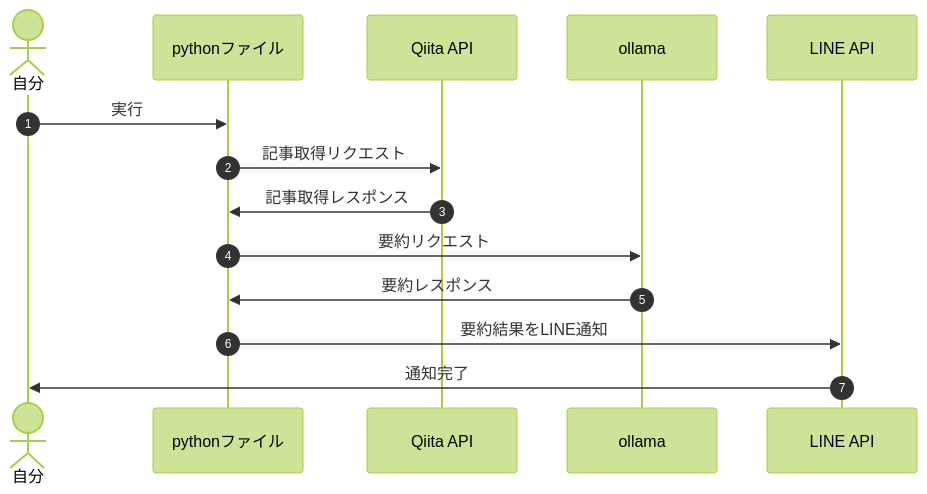
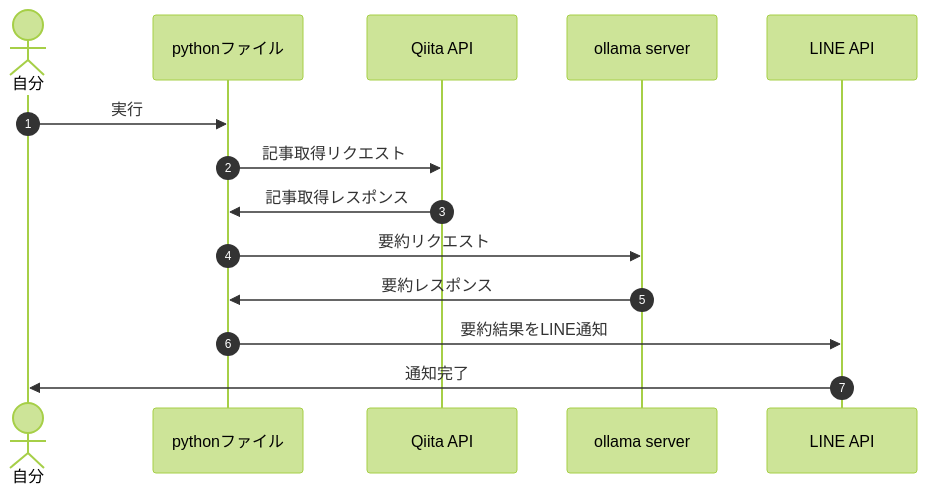
Before and after one commit to Ohira-Shunpei/zenn: the diagram in articles/4b717a23726a0b.md, drawn with Mermaid (forest theme). The commit also changed other lines of this file, not shown here.

````diff
--- a/articles/4b717a23726a0b.md
+++ b/articles/4b717a23726a0b.md
@@ -20,16 +20,16 @@
 ```mermaid
 sequenceDiagram
     autonumber
     actor 自分
     participant python as pythonファイル
     participant qiita as Qiita API
-    participant llm as ollama
+    participant llm as ollama server
     participant line as LINE API
     自分->>python: 実行
     python->>qiita: 記事取得リクエスト
     qiita->>python: 記事取得レスポンス
     python->>llm: 要約リクエスト
     llm->>python: 要約レスポンス
     python->>line: 要約結果をLINE通知
     line->>自分: 通知完了
 ```
````
